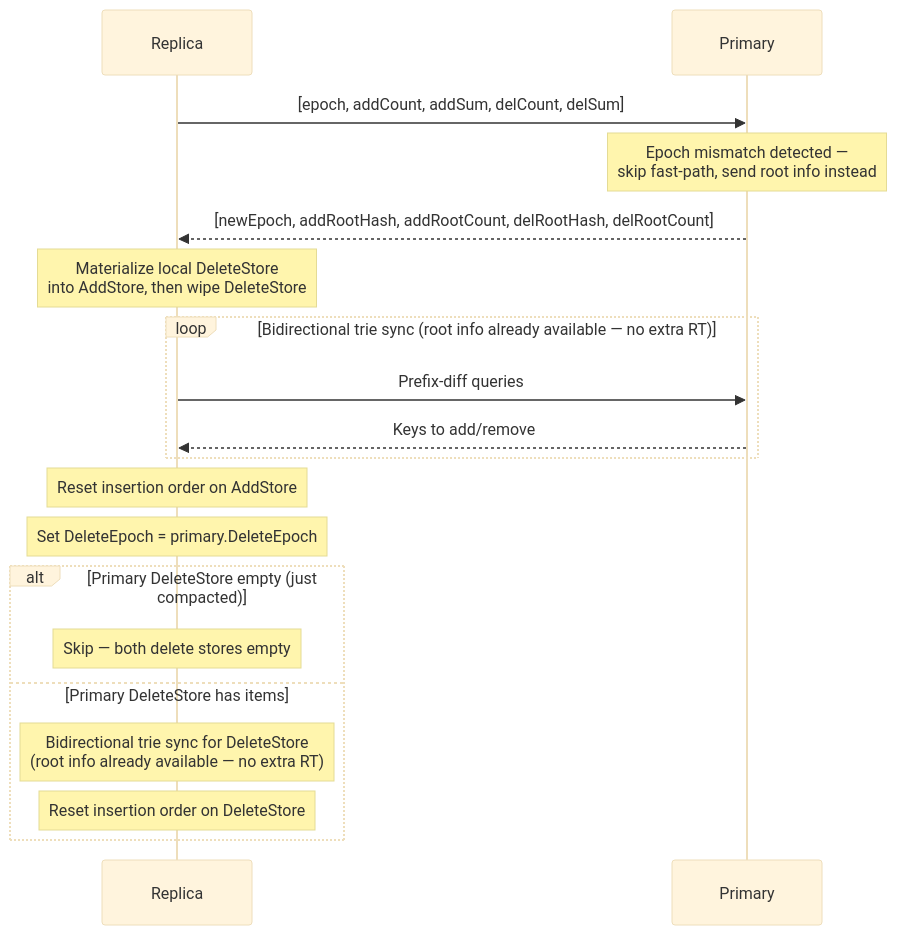
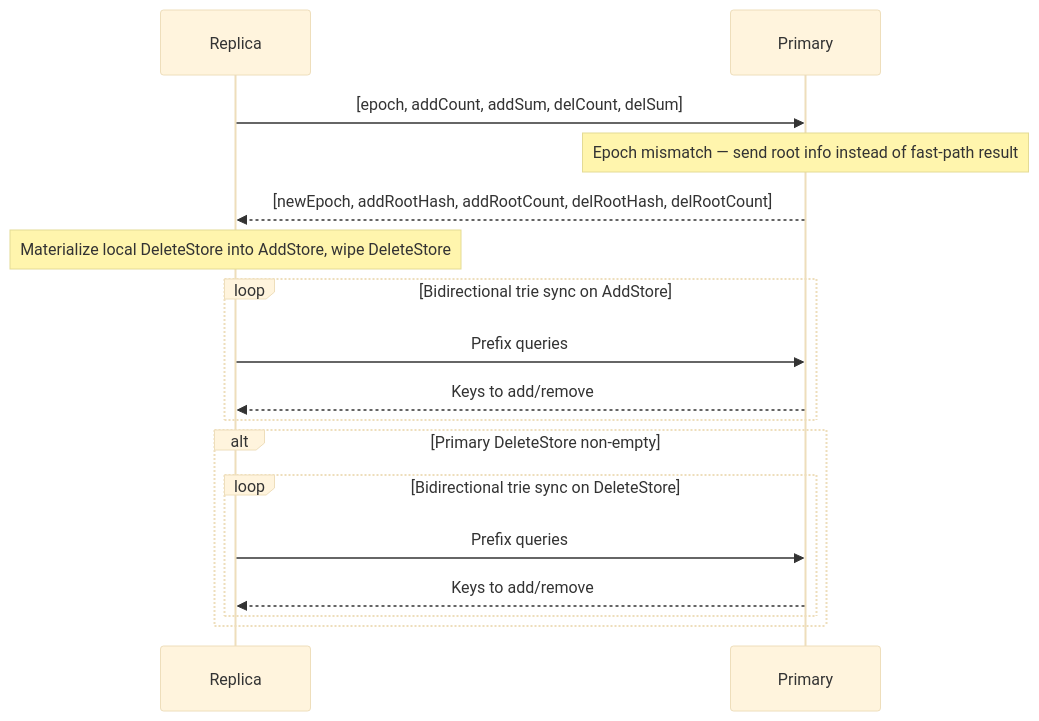
One commit to arj03/setsum-cs changed the fourth of 4 diagrams in SetSum/Sync/README.md. Above: the diagram before and after it, drawn with Mermaid (base theme). The commit also changed other lines of this file, not shown here.

````diff
--- a/SetSum/Sync/README.md
+++ b/SetSum/Sync/README.md
@@ -377,26 +194,23 @@
 ```mermaid
 sequenceDiagram
     participant R as Replica
     participant P as Primary
 
     R->>P: [epoch, addCount, addSum, delCount, delSum]
-    Note over P: Epoch mismatch detected —<br/>skip fast-path, send root info instead
+    Note over P: Epoch mismatch — send root info instead of fast-path result
     P-->>R: [newEpoch, addRootHash, addRootCount, delRootHash, delRootCount]
 
-    Note over R: Materialize local DeleteStore<br/>into AddStore, then wipe DeleteStore
+    Note over R: Materialize local DeleteStore into AddStore, wipe DeleteStore
 
-    loop Bidirectional trie sync (root info already available — no extra RT)
-        R->>P: Prefix-diff queries
+    loop Bidirectional trie sync on AddStore
+        R->>P: Prefix queries
         P-->>R: Keys to add/remove
     end
 
-    Note over R: Reset insertion order on AddStore
-    Note over R: Set DeleteEpoch = primary.DeleteEpoch
-
-    alt Primary DeleteStore empty (just compacted)
-        Note over R: Skip — both delete stores empty
-    else Primary DeleteStore has items
-        Note over R: Bidirectional trie sync for DeleteStore<br/>(root info already available — no extra RT)
-        Note over R: Reset insertion order on DeleteStore
+    alt Primary DeleteStore non-empty
+        loop Bidirectional trie sync on DeleteStore
+            R->>P: Prefix queries
+            P-->>R: Keys to add/remove
+        end
     end
 ```
````
